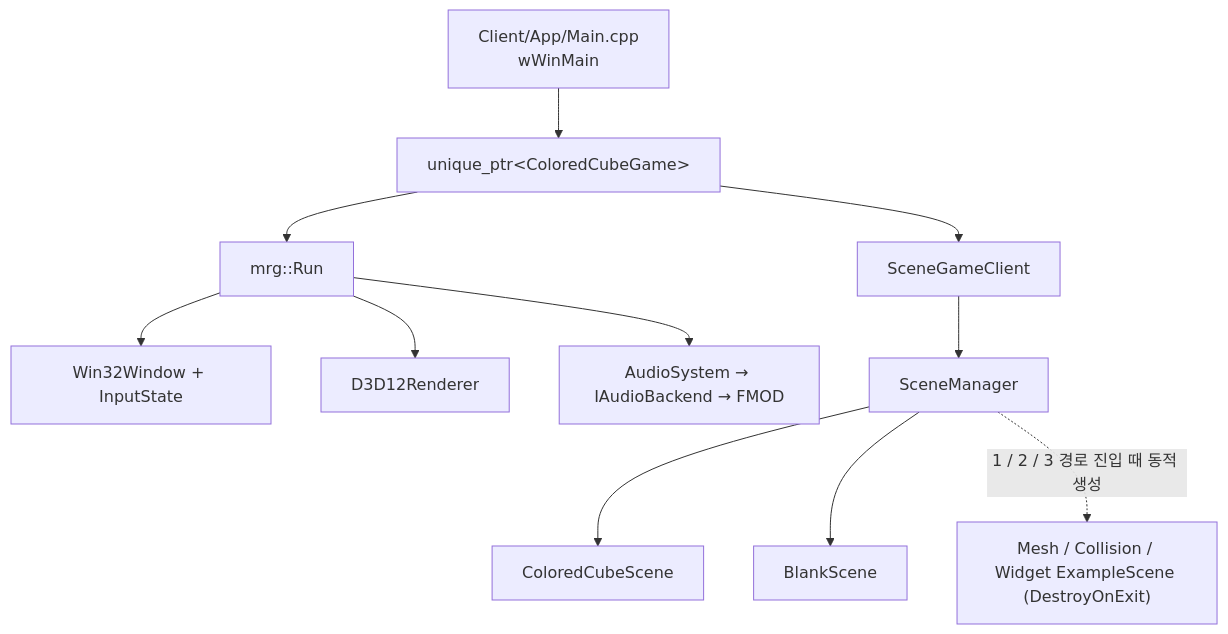
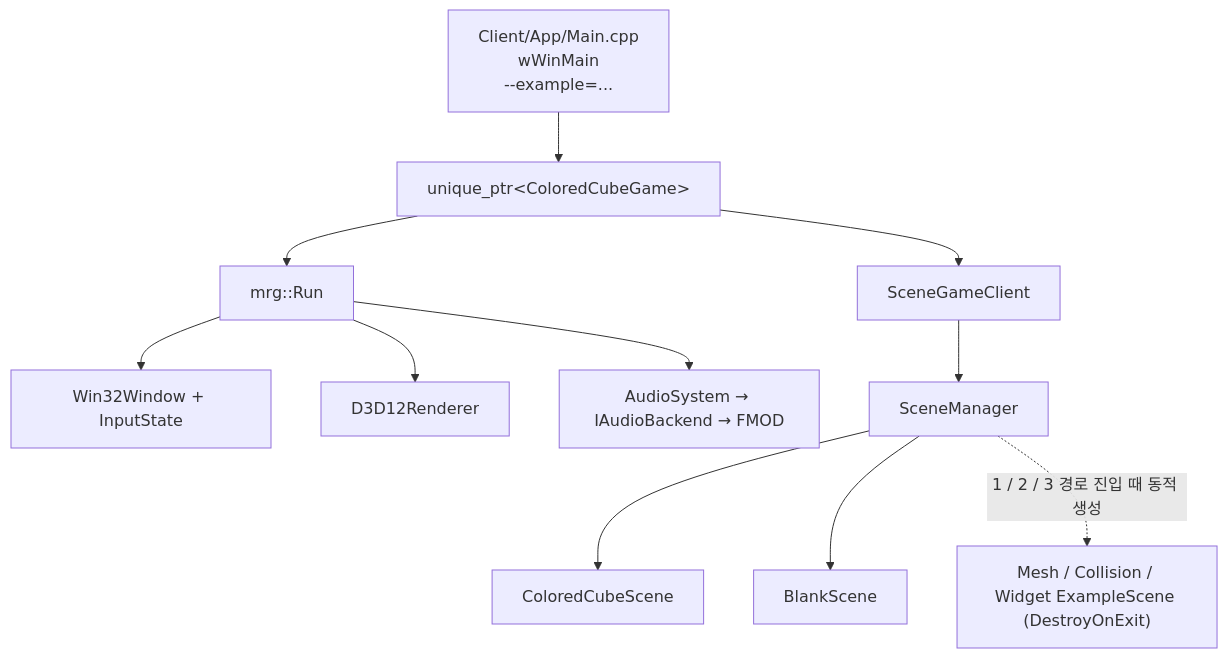
One commit to 4dblackhole/MyRhythmGame-Client changed the first of 2 diagrams in Docs/Examples/ColoredCube/ExecutionFlow.md. Above: the diagram before and after it, drawn with Mermaid. The commit also changed other lines of this file and 5 other files, not shown here.

````diff
--- a/Docs/Examples/ColoredCube/ExecutionFlow.md
+++ b/Docs/Examples/ColoredCube/ExecutionFlow.md
@@ -10,13 +10,13 @@
 ```mermaid
 flowchart TD
-    Entry["Client/App/Main.cpp\nwWinMain"] --> Client["unique_ptr&lt;ColoredCubeGame&gt;"]
+    Entry["Client/App/Main.cpp\nwWinMain\n--example=..."] --> Client["unique_ptr&lt;ColoredCubeGame&gt;"]
     Client --> Run["mrg::Run"]
     Run --> Window["Win32Window + InputState"]
     Run --> Renderer["D3D12Renderer"]
     Run --> Audio["AudioSystem → IAudioBackend → FMOD"]
     Client --> SceneClient["SceneGameClient"]
     SceneClient --> Manager["SceneManager"]
     Manager --> Cube["ColoredCubeScene"]
     Manager --> Blank["BlankScene"]
     Manager -. "1 / 2 / 3 경로 진입 때 동적 생성" .-> Examples["Mesh / Collision / Widget ExampleScene (DestroyOnExit)"]
 ```
````
